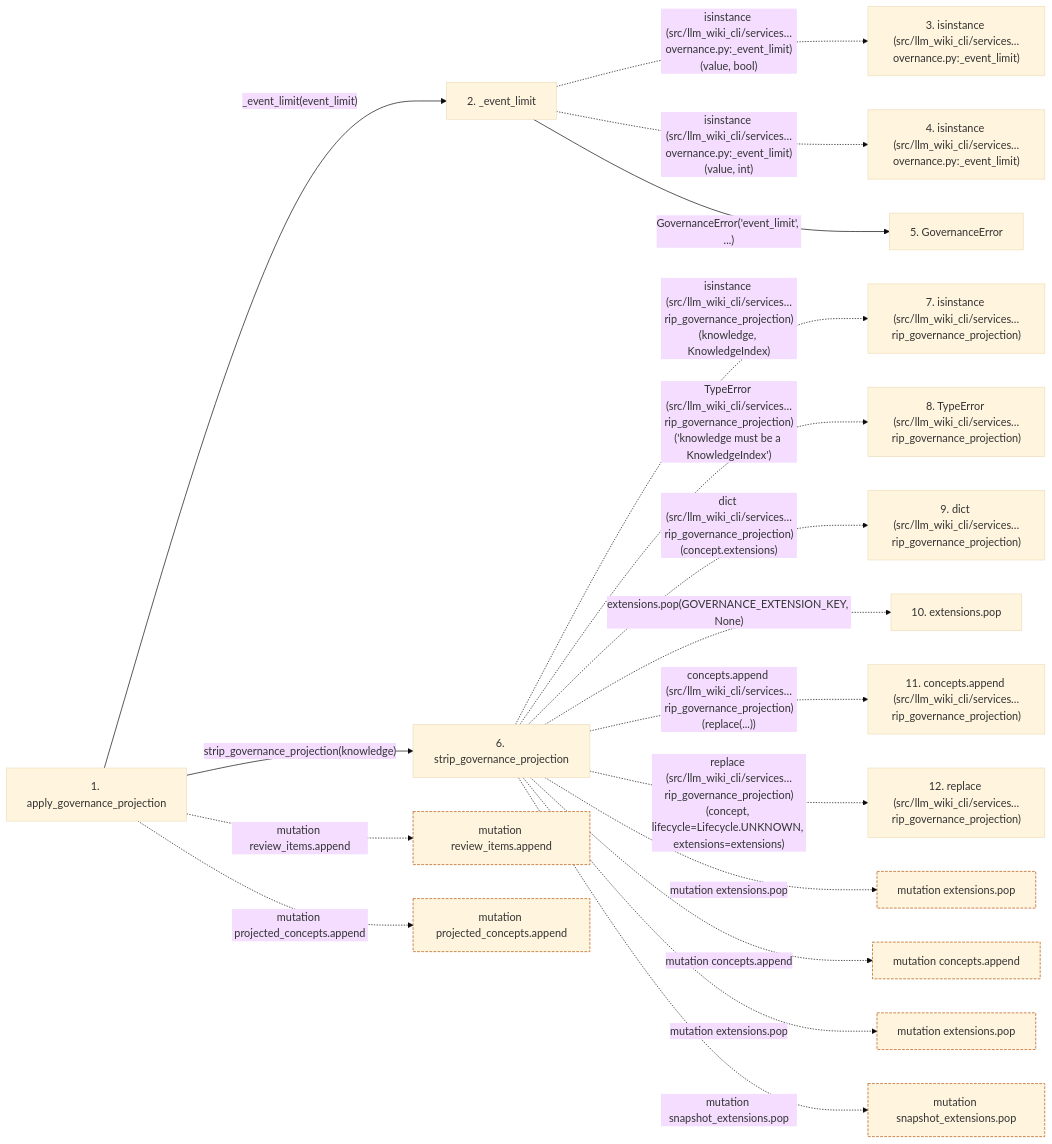
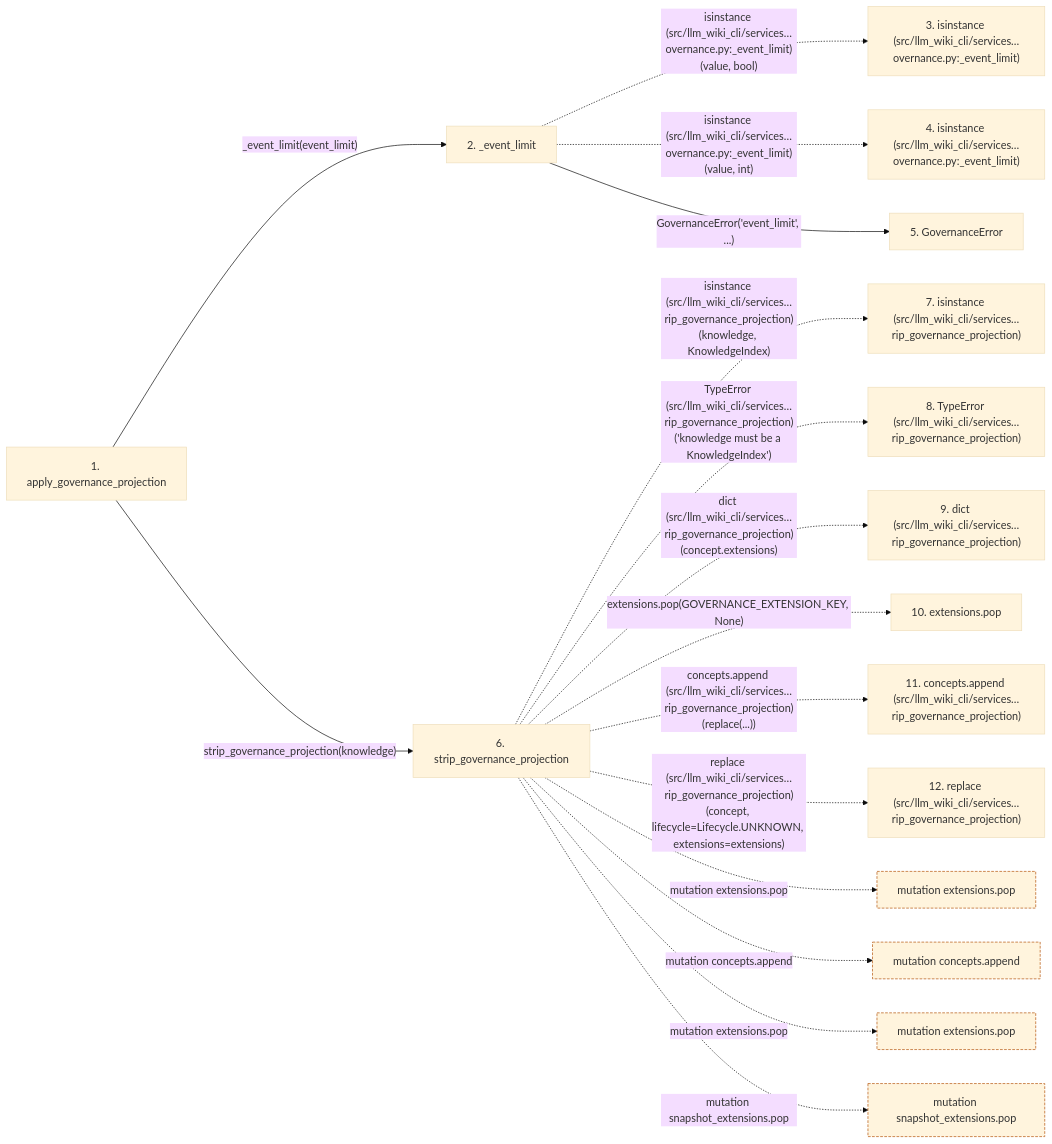
The second of 2 diagrams in docs/llm_wiki/flows/api-apply_governance_projection.md (Denissvgn/python-wiki-llm), drawn with Mermaid (base theme) before and after one commit. The commit also changed other lines of this file and 363 other files, not shown here.

````diff
--- a/docs/llm_wiki/flows/api-apply_governance_projection.md
+++ b/docs/llm_wiki/flows/api-apply_governance_projection.md
@@ -140,49 +141,43 @@
 ```mermaid
 flowchart LR
     s1["1. apply_governance_projection"]
     s2["2. _event_limit"]
     s3["3. isinstance (src/llm_wiki_cli/services…overnance.py:_event_limit)"]
     s4["4. isinstance (src/llm_wiki_cli/services…overnance.py:_event_limit)"]
     s5["5. GovernanceError"]
     s6["6. strip_governance_projection"]
     s7["7. isinstance (src/llm_wiki_cli/services…rip_governance_projection)"]
     s8["8. TypeError (src/llm_wiki_cli/services…rip_governance_projection)"]
     s9["9. dict (src/llm_wiki_cli/services…rip_governance_projection)"]
     s10["10. extensions.pop"]
     s11["11. concepts.append (src/llm_wiki_cli/services…rip_governance_projection)"]
     s12["12. replace (src/llm_wiki_cli/services…rip_governance_projection)"]
     s1 -->|"_event_limit(event_limit)"| s2
     s2 -. "isinstance (src/llm_wiki_cli/services…overnance.py:_event_limit)(value, bool)" .-> s3
     s2 -. "isinstance (src/llm_wiki_cli/services…overnance.py:_event_limit)(value, int)" .-> s4
     s2 -->|"GovernanceError('event_limit', ...)"| s5
     s1 -->|"strip_governance_projection(knowledge)"| s6
     s6 -. "isinstance (src/llm_wiki_cli/services…rip_governance_projection)(knowledge, KnowledgeIndex)" .-> s7
     s6 -. "TypeError (src/llm_wiki_cli/services…rip_governance_projection)('knowledge must be a KnowledgeIndex')" .-> s8
     s6 -. "dict (src/llm_wiki_cli/services…rip_governance_projection)(concept.extensions)" .-> s9
     s6 -. "extensions.pop(GOVERNANCE_EXTENSION_KEY, None)" .-> s10
     s6 -. "concepts.append (src/llm_wiki_cli/services…rip_governance_projection)(replace(...))" .-> s11
     s6 -. "replace (src/llm_wiki_cli/services…rip_governance_projection)(concept, lifecycle=Lifecycle.UNKNOWN, extensions=extensions)" .-> s12
-    b0["mutation review_items.append"]
-    s1 -. "mutation review_items.append" .-> b0
-    b1["mutation projected_concepts.append"]
-    s1 -. "mutation projected_concepts.append" .-> b1
+    b0["mutation extensions.pop"]
+    s6 -. "mutation extensions.pop" .-> b0
+    b1["mutation concepts.append"]
+    s6 -. "mutation concepts.append" .-> b1
     b2["mutation extensions.pop"]
     s6 -. "mutation extensions.pop" .-> b2
-    b3["mutation concepts.append"]
-    s6 -. "mutation concepts.append" .-> b3
-    b4["mutation extensions.pop"]
-    s6 -. "mutation extensions.pop" .-> b4
-    b5["mutation snapshot_extensions.pop"]
-    s6 -. "mutation snapshot_extensions.pop" .-> b5
+    b3["mutation snapshot_extensions.pop"]
+    s6 -. "mutation snapshot_extensions.pop" .-> b3
     click s1 "../modules/knowledge_governance.md"
     click s2 "../modules/knowledge_governance.md"
     click s5 "../modules/knowledge_governance.md"
     click s6 "../modules/knowledge_governance.md"
     classDef boundary stroke:#b45309,stroke-dasharray: 4 2
     class b0 boundary
     class b1 boundary
     class b2 boundary
     class b3 boundary
-    class b4 boundary
-    class b5 boundary
 ```
````
